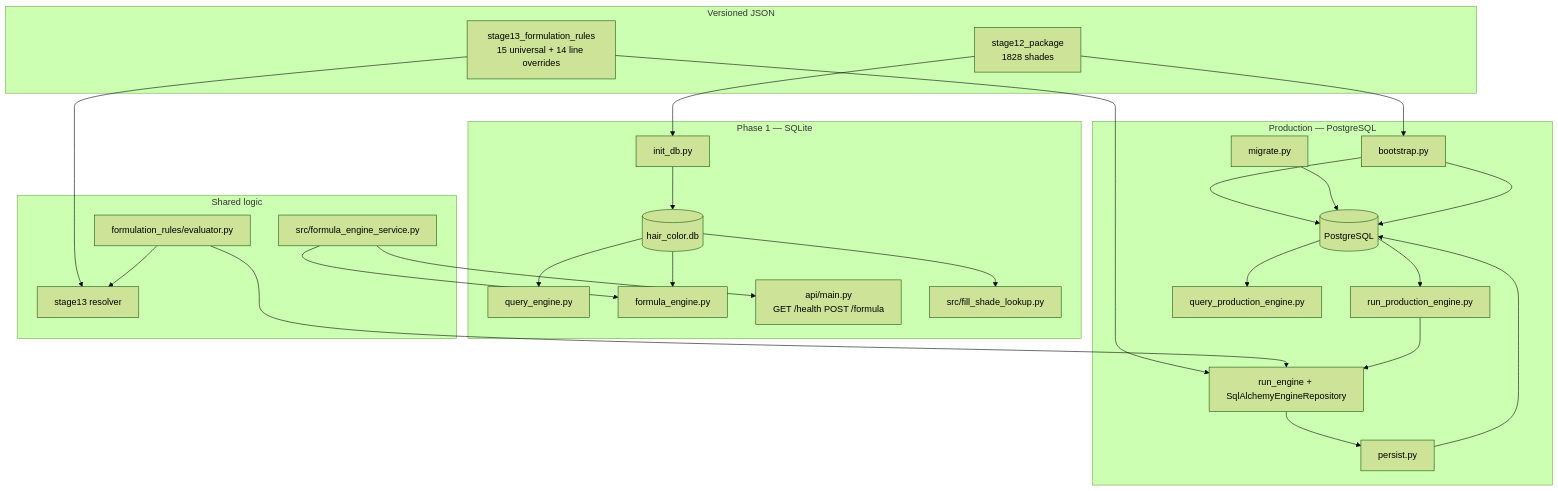
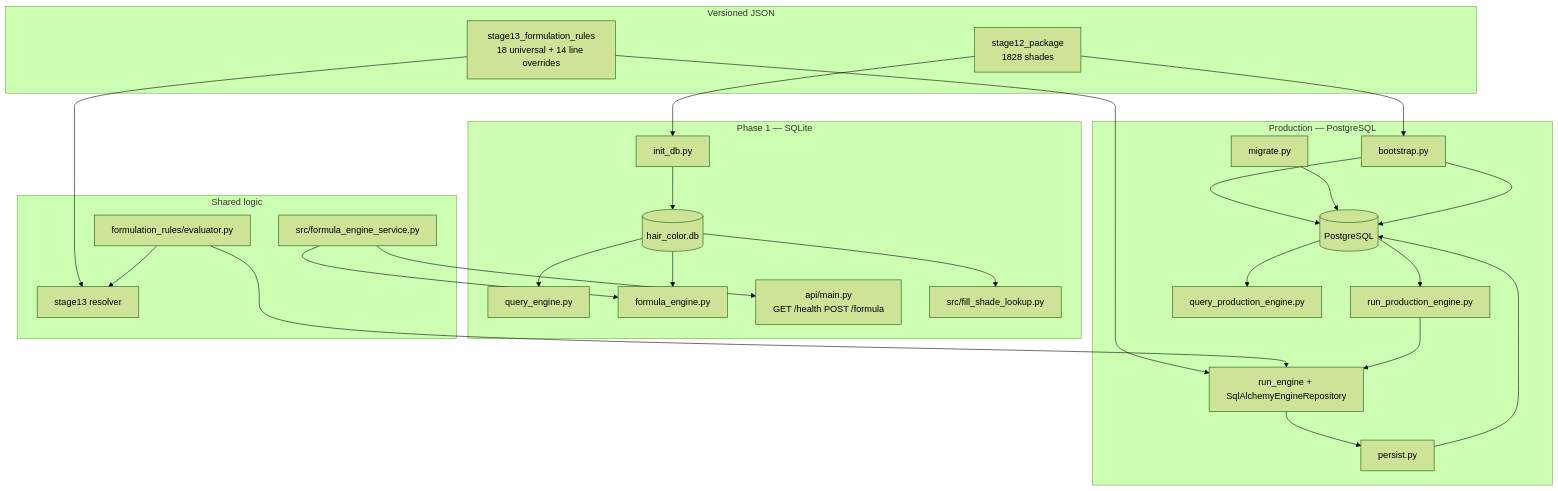
Before and after one commit to JamesFletty/Python-color-bot: the diagram in docs/IMPLEMENTATION_STATUS.md, drawn with Mermaid (forest theme). The commit also changed other lines of this file and 25 other files, not shown here.

````diff
--- a/docs/IMPLEMENTATION_STATUS.md
+++ b/docs/IMPLEMENTATION_STATUS.md
@@ -27,49 +27,49 @@
 ```mermaid
 flowchart TB
     subgraph Artifacts["Versioned JSON"]
         S12[stage12_package<br/>1828 shades]
-        S13[stage13_formulation_rules<br/>15 universal + 14 line overrides]
+        S13[stage13_formulation_rules<br/>18 universal + 14 line overrides]
     end
 
     subgraph SQLite["Phase 1 — SQLite"]
         INIT[init_db.py]
         DB[(hair_color.db)]
         QUERY[query_engine.py]
         FORM[formula_engine.py]
         API[api/main.py<br/>GET /health POST /formula]
         FILL[src/fill_shade_lookup.py]
     end
 
     subgraph PG["Production — PostgreSQL"]
         MIG[migrate.py]
         BOOT[bootstrap.py]
         PGDB[(PostgreSQL)]
         RUN[run_production_engine.py]
         QPG[query_production_engine.py]
         ENG[run_engine + SqlAlchemyEngineRepository]
         PERSIST[persist.py]
     end
 
     subgraph Shared["Shared logic"]
         RES[stage13 resolver]
         EVAL[formulation_rules/evaluator.py]
         SVC[src/formula_engine_service.py]
     end
 
     S12 --> INIT --> DB
     S12 --> BOOT --> PGDB
     S13 --> RES
     S13 --> ENG
     EVAL --> RES
     EVAL --> ENG
     DB --> QUERY
     DB --> FORM
     DB --> FILL
     SVC --> FORM
     SVC --> API
     MIG --> PGDB
     BOOT --> PGDB
     PGDB --> RUN --> ENG
     PGDB --> QPG
     ENG --> PERSIST --> PGDB
 ```
````
